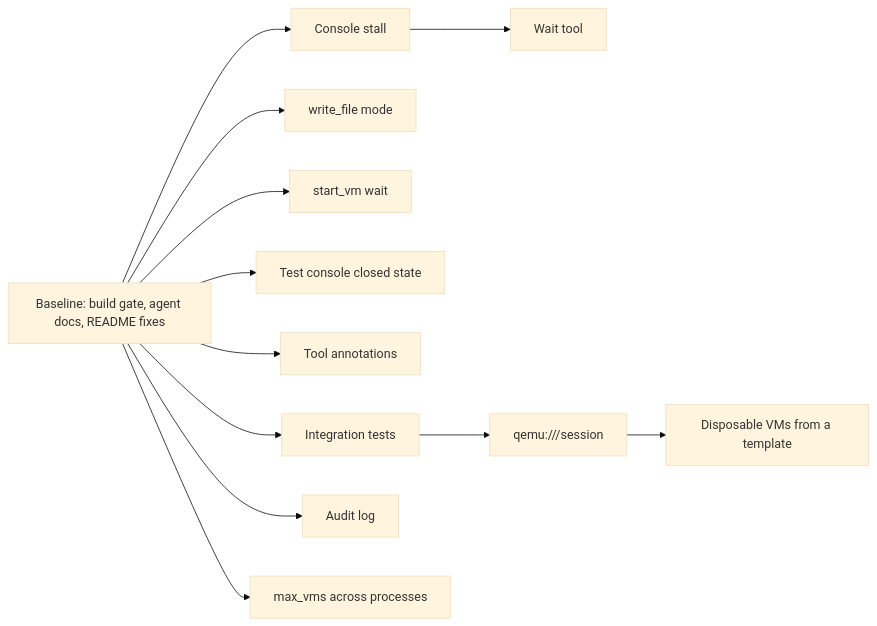
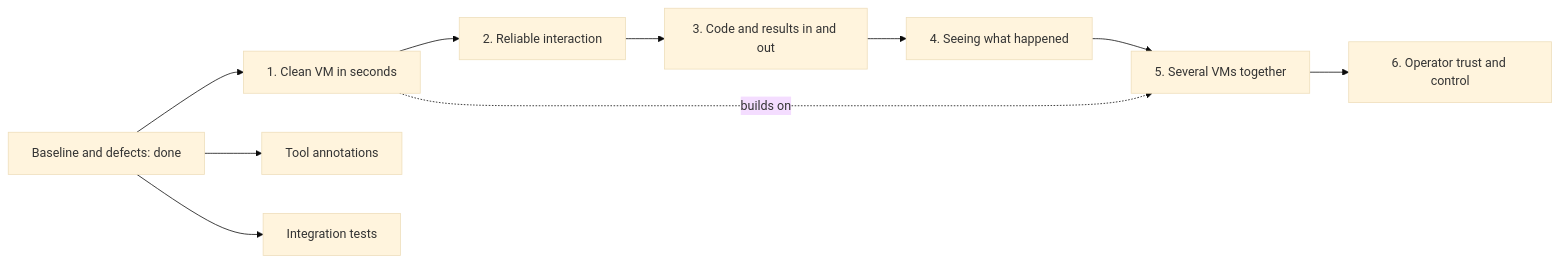
Before and after one commit to jonatsu/virt-manager-mcp: the diagram in docs/plans/fork-roadmap.md, drawn with Mermaid (base theme). The commit also changed other lines of this file, not shown here.

First line of the commit message:
docs(plans): order the planned features as agent outcomes

````diff
--- a/docs/plans/fork-roadmap.md
+++ b/docs/plans/fork-roadmap.md
@@ -14,14 +14,12 @@
 ```mermaid
 flowchart LR
-  B[Baseline: build gate, agent docs, README fixes] --> D1[Console stall]
-  B --> D3[write_file mode]
-  B --> D4[start_vm wait]
-  B --> D2[Test console closed state]
-  D1 --> W[Wait tool]
+  B[Baseline and defects: done] --> O1[1. Clean VM in seconds]
+  O1 --> O2[2. Reliable interaction]
+  O2 --> O3[3. Code and results in and out]
+  O3 --> O4[4. Seeing what happened]
+  O4 --> O5[5. Several VMs together]
+  O5 --> O6[6. Operator trust and control]
+  O1 -. builds on .-> O5
   B --> A[Tool annotations]
   B --> IT[Integration tests]
-  IT --> S[qemu:///session]
-  S --> T[Disposable VMs from a template]
-  B --> L[Audit log]
-  B --> M[max_vms across processes]
 ```
````
